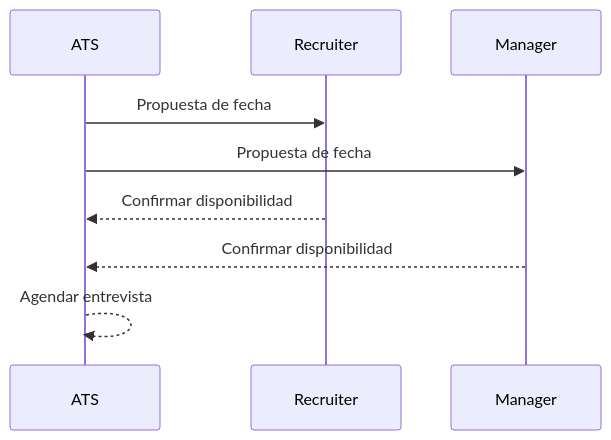
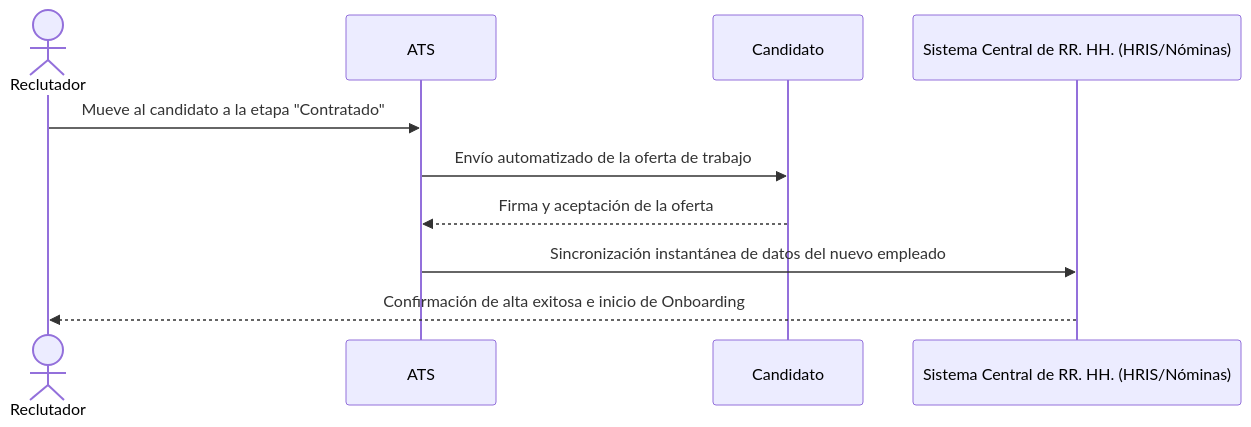
Before and after one commit to lacruzjd/AI4Devs-design-1-202603: the fourth of 7 diagrams in LTI-JDLM/LTI-JDLM.md, drawn with Mermaid. The commit also changed other lines of this file and 1 other file, not shown here.

````diff
--- a/LTI-JDLM/LTI-JDLM.md
+++ b/LTI-JDLM/LTI-JDLM.md
@@ -196,11 +101,13 @@
 ```mermaid
 sequenceDiagram
+    actor Reclutador
     participant ATS
-    participant Recruiter
-    participant Manager
-    ATS->>Recruiter: Propuesta de fecha
-    ATS->>Manager: Propuesta de fecha
-    Recruiter-->>ATS: Confirmar disponibilidad
-    Manager-->>ATS: Confirmar disponibilidad
-    ATS-->>ATS: Agendar entrevista
+    participant Candidato
+    participant Sistema_RRHH as Sistema Central de RR. HH. (HRIS/Nóminas)
+    
+    Reclutador->>ATS: Mueve al candidato a la etapa "Contratado"
+    ATS->>Candidato: Envío automatizado de la oferta de trabajo
+    Candidato-->>ATS: Firma y aceptación de la oferta
+    ATS->>Sistema_RRHH: Sincronización instantánea de datos del nuevo empleado
+    Sistema_RRHH-->>Reclutador: Confirmación de alta exitosa e inicio de Onboarding
 ```
````
